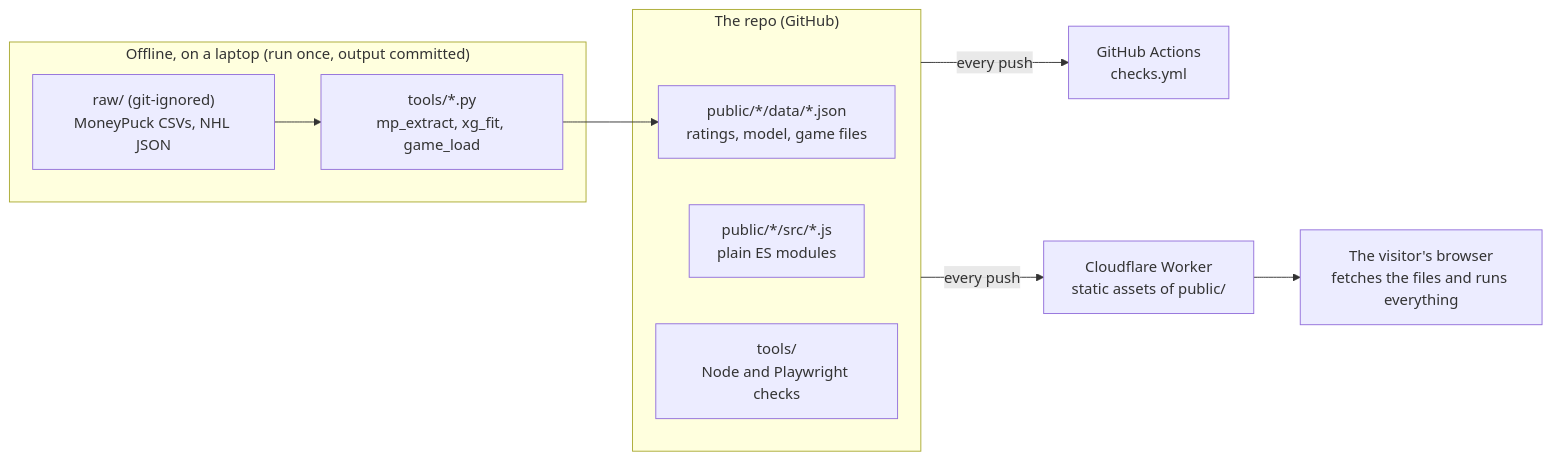
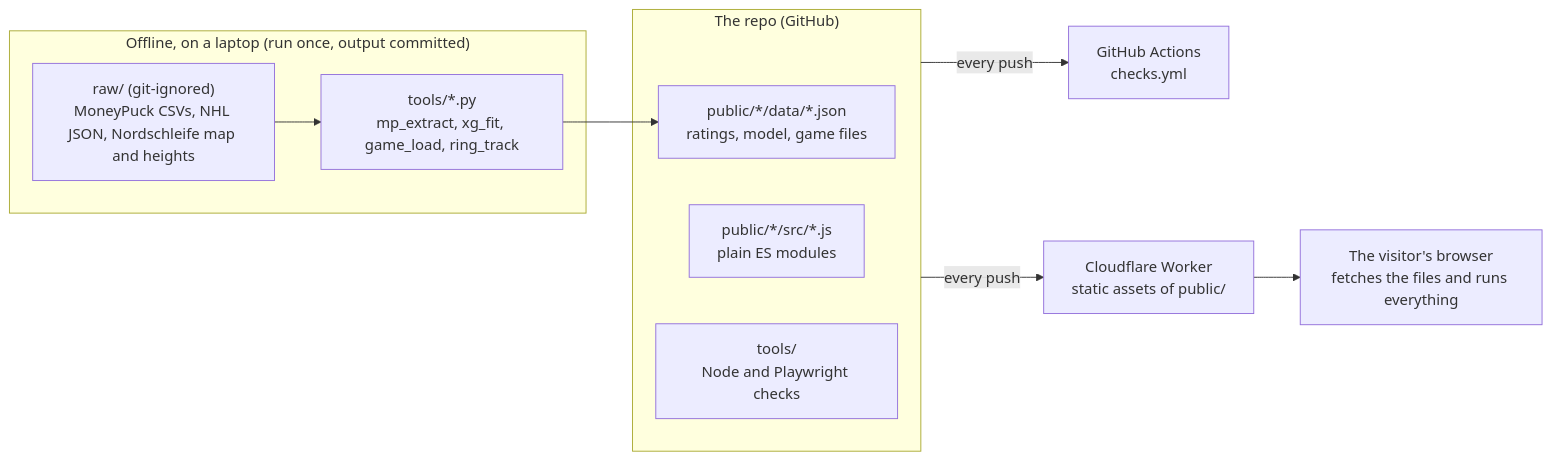
Before and after one commit to pmcdonough/patrick-site: the first of 6 diagrams in docs/ARCHITECTURE.md, drawn with Mermaid. The commit also changed other lines of this file and 18 other files, not shown here.

First line of the commit message:
Ring Kart: the real Nordschleife, DRS, an engine matched to the real GT3 RS, a widebody GT3 RS (Ring Kart 0.8, site 0.105)

````diff
--- a/docs/ARCHITECTURE.md
+++ b/docs/ARCHITECTURE.md
@@ -7,15 +7,15 @@
 ```mermaid
 flowchart LR
   subgraph offline["Offline, on a laptop (run once, output committed)"]
-    raw["raw/ (git-ignored)<br/>MoneyPuck CSVs, NHL JSON"] --> py["tools/*.py<br/>mp_extract, xg_fit, game_load"]
+    raw["raw/ (git-ignored)<br/>MoneyPuck CSVs, NHL JSON, Nordschleife map and heights"] --> py["tools/*.py<br/>mp_extract, xg_fit, game_load, ring_track"]
   end
   subgraph repo["The repo (GitHub)"]
     data["public/*/data/*.json<br/>ratings, model, game files"]
     src["public/*/src/*.js<br/>plain ES modules"]
     checks["tools/<br/>Node and Playwright checks"]
   end
   py --> data
   repo -- "every push" --> ci["GitHub Actions<br/>checks.yml"]
   repo -- "every push" --> cf["Cloudflare Worker<br/>static assets of public/"]
   cf --> browser["The visitor's browser<br/>fetches the files and runs everything"]
 ```
````
